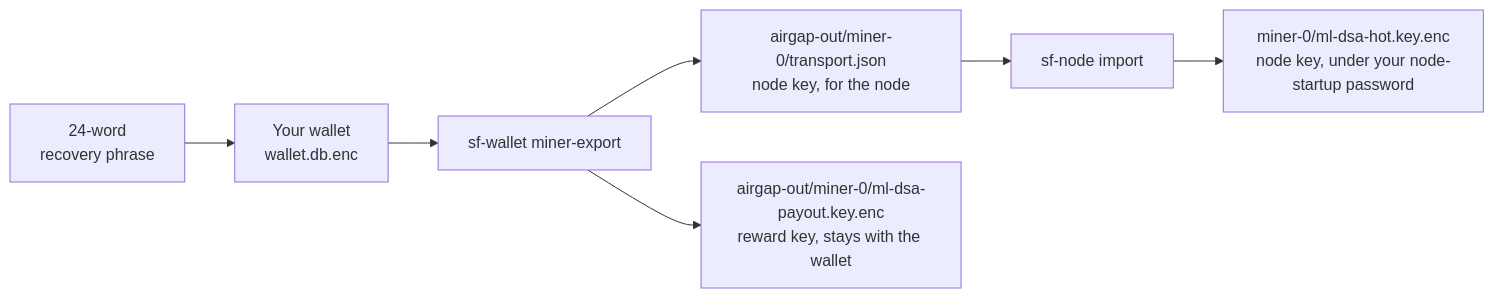
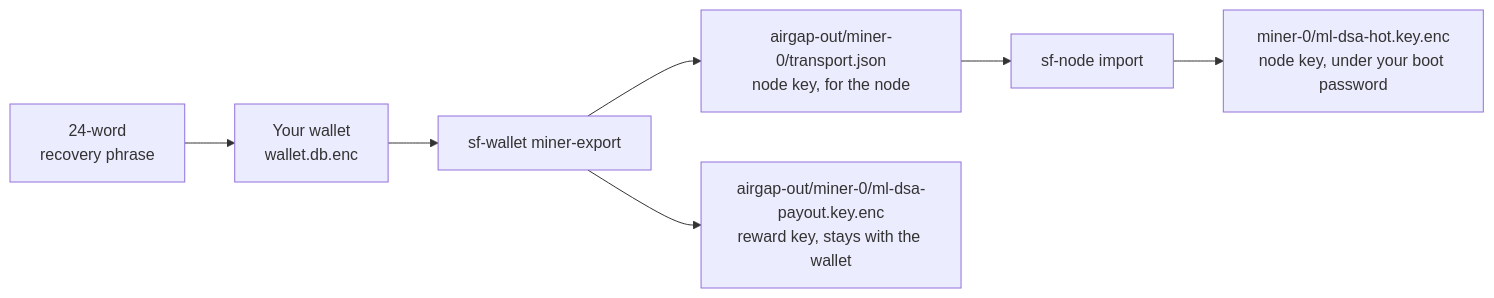
One commit to Seven-Fortunas/7fchain changed the diagram in docs/create-wallet-and-request.md. Above: the diagram before and after it, drawn with Mermaid. The commit also changed other lines of this file and 16 other files, not shown here.

````diff
--- a/docs/create-wallet-and-request.md
+++ b/docs/create-wallet-and-request.md
@@ -21,9 +21,9 @@
 ```mermaid
 flowchart LR
     phrase["24-word<br/>recovery phrase"] --> wallet["Your wallet<br/>wallet.db.enc"]
     wallet --> export["sf-wallet miner-export"]
     export --> transport["airgap-out/miner-0/transport.json<br/>node key, for the node"]
     export --> payout["airgap-out/miner-0/ml-dsa-payout.key.enc<br/>reward key, stays with the wallet"]
     transport --> import["sf-node import"]
-    import --> hot["miner-0/ml-dsa-hot.key.enc<br/>node key, under your node-startup password"]
+    import --> hot["miner-0/ml-dsa-hot.key.enc<br/>node key, under your boot password"]
 ```
````
